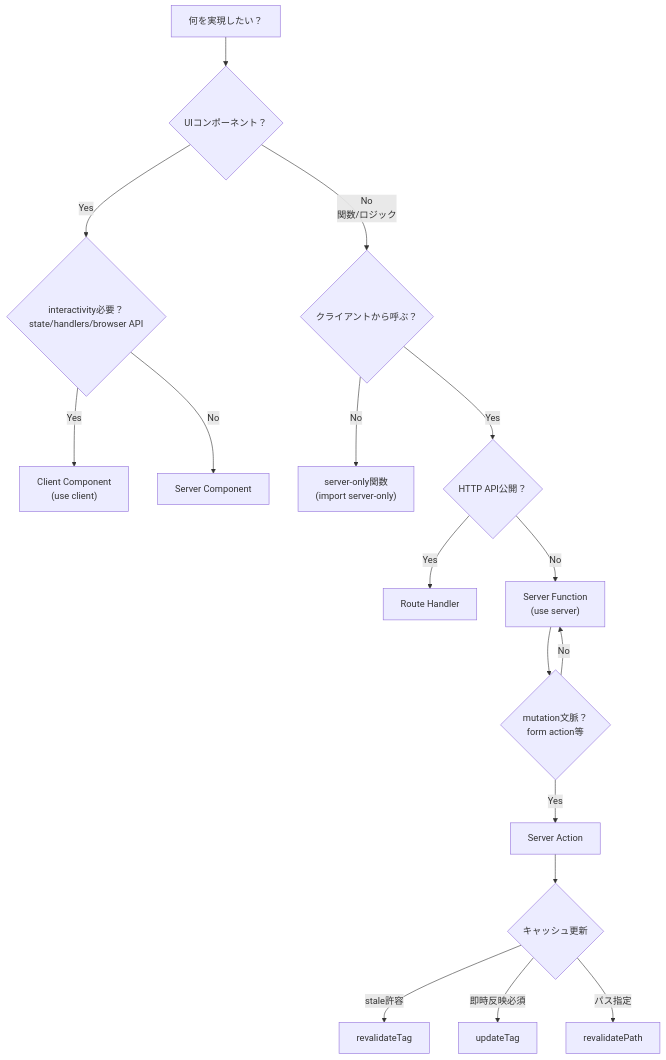
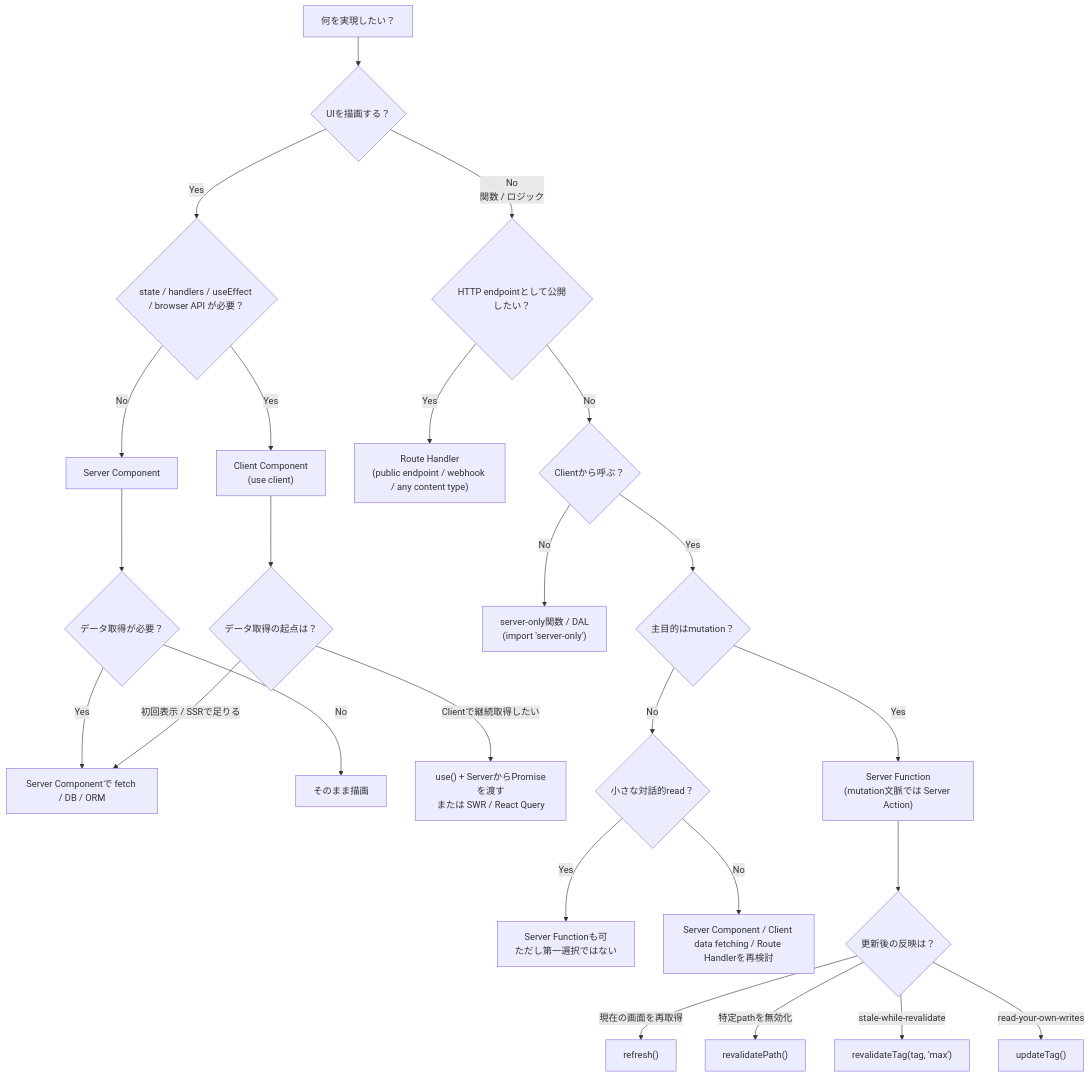
One commit to lilpacy/dotfiles changed the diagram in claude/skills/nextjs-app-router-guide/SKILL.md. Above: the diagram before and after it, drawn with Mermaid. The commit also changed other lines of this file, not shown here.

````diff
--- a/claude/skills/nextjs-app-router-guide/SKILL.md
+++ b/claude/skills/nextjs-app-router-guide/SKILL.md
@@ -10,23 +10,34 @@
 ```mermaid
 flowchart TD
-    A[何を実現したい？] --> B{UIコンポーネント？}
+    A[何を実現したい？] --> B{UIを描画する？}
 
-    B -->|Yes| C{interactivity必要？<br/>state/handlers/browser API}
+    B -->|Yes| C{state / handlers / useEffect / browser API が必要？}
     C -->|Yes| D["Client Component<br/>(use client)"]
-    C -->|No| E[Server Component]
+    C -->|No| E["Server Component"]
 
-    B -->|No<br/>関数/ロジック| F{クライアントから呼ぶ？}
-    F -->|No| G["server-only関数<br/>(import server-only)"]
-    F -->|Yes| H{HTTP API公開？}
-    H -->|Yes| I[Route Handler]
-    H -->|No| J["Server Function<br/>(use server)"]
+    E --> E2{データ取得が必要？}
+    E2 -->|Yes| E3["Server Componentで fetch / DB / ORM"]
+    E2 -->|No| E4["そのまま描画"]
 
-    J --> K{mutation文脈？<br/>form action等}
-    K -->|Yes| L[Server Action]
-    K -->|No| J
+    D --> D2{データ取得の起点は？}
+    D2 -->|初回表示 / SSRで足りる| E3
+    D2 -->|Clientで継続取得したい| D3["use() + ServerからPromiseを渡す<br/>または SWR / React Query"]
 
-    L --> M{キャッシュ更新}
-    M -->|stale許容| N[revalidateTag]
-    M -->|即時反映必須| O[updateTag]
-    M -->|パス指定| P[revalidatePath]
+    B -->|No<br/>関数 / ロジック| F{HTTP endpointとして公開したい？}
+    F -->|Yes| G["Route Handler<br/>(public endpoint / webhook / any content type)"]
+    F -->|No| H{Clientから呼ぶ？}
+
+    H -->|No| I["server-only関数 / DAL<br/>(import 'server-only')"]
+    H -->|Yes| J{主目的はmutation？}
+
+    J -->|Yes| K["Server Function<br/>(mutation文脈では Server Action)"]
+    J -->|No| L{小さな対話的read？}
+    L -->|Yes| M["Server Functionも可<br/>ただし第一選択ではない"]
+    L -->|No| N["Server Component / Client data fetching / Route Handlerを再検討"]
+
+    K --> O{更新後の反映は？}
+    O -->|現在の画面を再取得| P["refresh()"]
+    O -->|特定pathを無効化| Q["revalidatePath()"]
+    O -->|stale-while-revalidate| R["revalidateTag(tag, 'max')"]
+    O -->|read-your-own-writes| S["updateTag()"]
 ```
````
